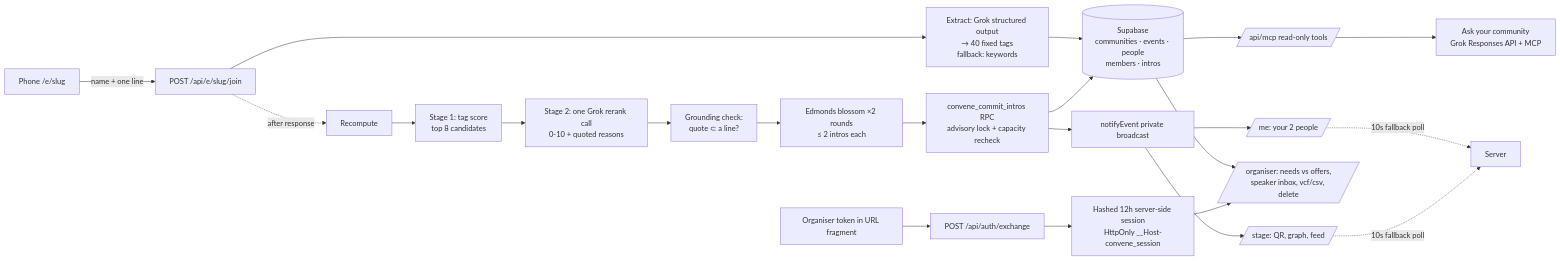
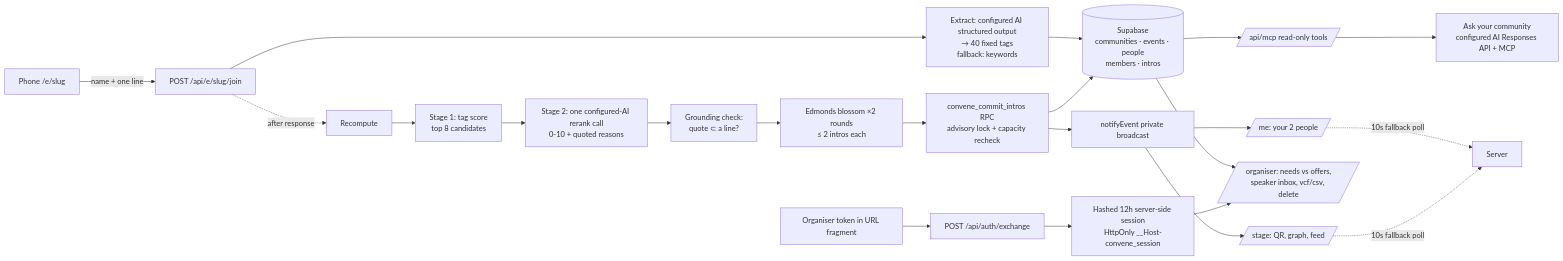
Before and after one commit to aca22akn/convene: the diagram in README.md, drawn with Mermaid. The commit also changed other lines of this file and 36 other files, not shown here.

````diff
--- a/README.md
+++ b/README.md
@@ -56,24 +56,24 @@
 ```mermaid
 flowchart LR
   P[Phone /e/slug] -- name + one line --> J[POST /api/e/slug/join]
-  J --> X[Extract: Grok structured output<br/>→ 40 fixed tags<br/>fallback: keywords]
+  J --> X[Extract: configured AI structured output<br/>→ 40 fixed tags<br/>fallback: keywords]
   X --> DB[(Supabase<br/>communities · events · people<br/>members · intros)]
   J -. after response .-> R[Recompute]
   R --> C1[Stage 1: tag score<br/>top 8 candidates]
-  C1 --> C2[Stage 2: one Grok rerank call<br/>0-10 + quoted reasons]
+  C1 --> C2[Stage 2: one configured-AI rerank call<br/>0-10 + quoted reasons]
   C2 --> G[Grounding check:<br/>quote ⊂ a line?]
   G --> B[Edmonds blossom ×2 rounds<br/>≤ 2 intros each]
   B --> C[convene_commit_intros RPC<br/>advisory lock + capacity recheck]
   C --> DB
   C --> N[notifyEvent private broadcast]
   N --> ME[/me: your 2 people/]
   N --> ST[/stage: QR, graph, feed/]
   ME -. 10s fallback poll .-> Server
   ST -. 10s fallback poll .-> Server
   DB --> O[/organiser: needs vs offers,<br/>speaker inbox, vcf/csv, delete/]
   T[Organiser token in URL fragment] --> E[POST /api/auth/exchange]
   E --> S[Hashed 12h server-side session<br/>HttpOnly __Host-convene_session]
   S --> O
   DB --> MCP[/api/mcp read-only tools/]
-  MCP --> A[Ask your community<br/>Grok Responses API + MCP]
+  MCP --> A[Ask your community<br/>configured AI Responses API + MCP]
 ```
````
